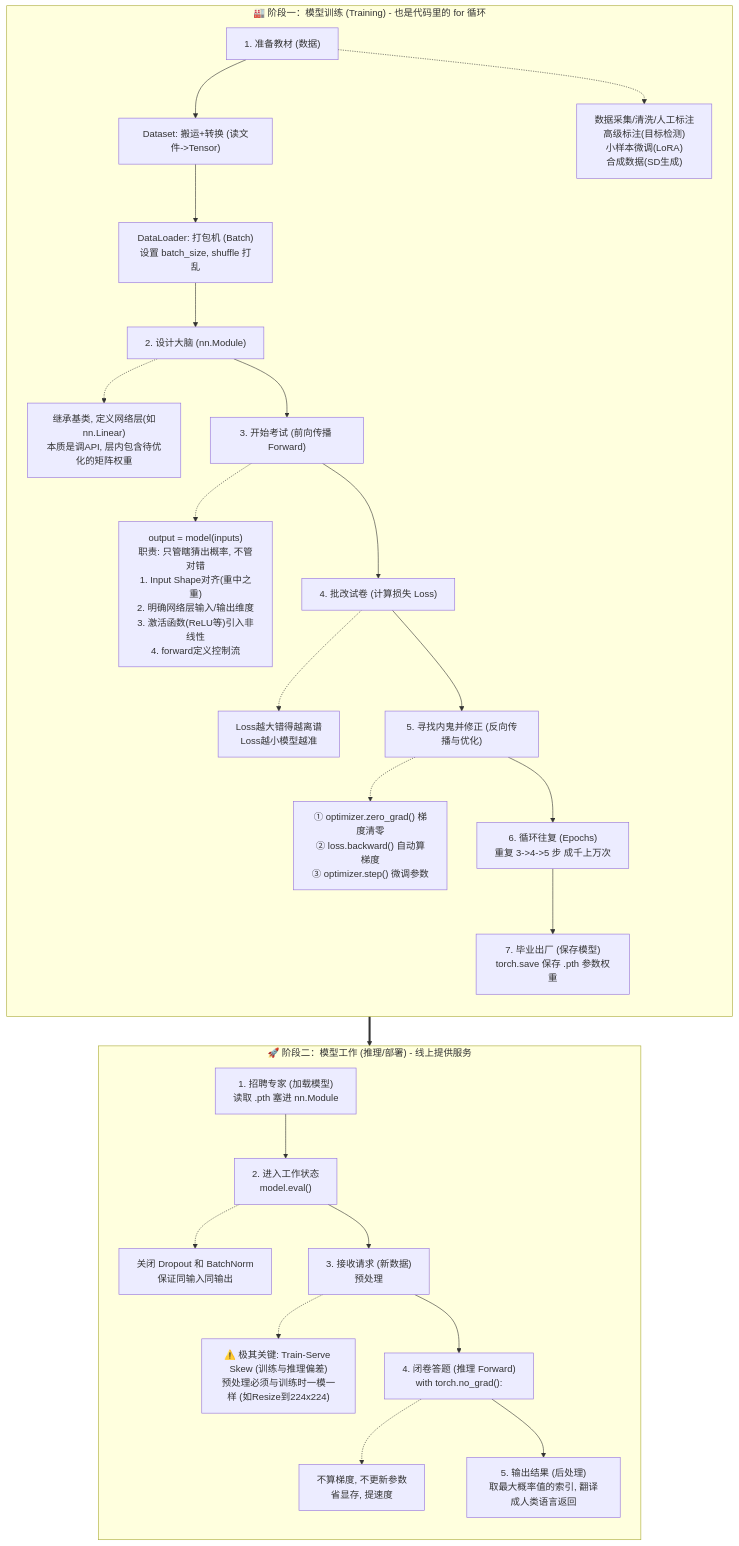
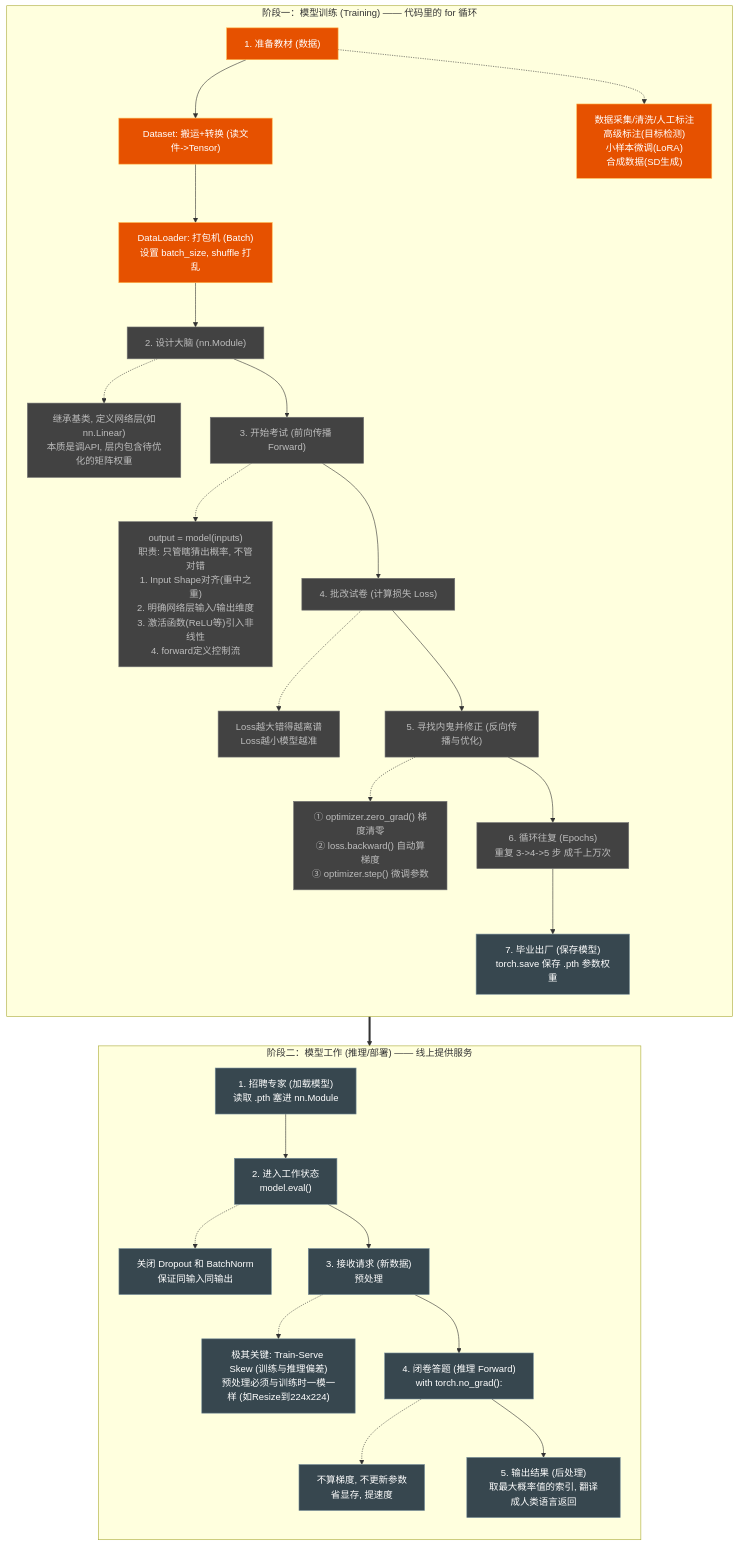
One commit to osotoo/AI-Stack changed the first of 3 diagrams in README.md. Above: the diagram before and after it, drawn with Mermaid. The commit also changed other lines of this file, not shown here.

Commit message:
docs(readme): 流程图去 emoji，配色统一为全景图 classDef 体系

````diff
--- a/README.md
+++ b/README.md
@@ -76,43 +76,47 @@
 ```mermaid
 flowchart TD
+    classDef dataNode fill:#e65100,stroke:#ffb74d,stroke-width:1px,color:#fff;
+    classDef algoNode fill:#424242,stroke:#757575,stroke-width:1px,color:#bdbdbd;
+    classDef techNode fill:#37474f,stroke:#78909c,stroke-width:1px,color:#fff;
+
     %% 阶段一：训练
-    subgraph Train ["🏭 阶段一：模型训练 (Training) - 也是代码里的 for 循环"]
+    subgraph Train ["阶段一：模型训练 (Training) —— 代码里的 for 循环"]
         direction TB
-        D1["1. 准备教材 (数据)"] --> D2["Dataset: 搬运+转换 (读文件->Tensor)"]
-        D1 -.-> D1_Details["数据采集/清洗/人工标注<br>高级标注(目标检测)<br>小样本微调(LoRA)<br>合成数据(SD生成)"]
-        D2 --> D3["DataLoader: 打包机 (Batch)<br>设置 batch_size, shuffle 打乱"]
+        D1["1. 准备教材 (数据)"]:::dataNode --> D2["Dataset: 搬运+转换 (读文件->Tensor)"]:::dataNode
+        D1 -.-> D1_Details["数据采集/清洗/人工标注<br/>高级标注(目标检测)<br/>小样本微调(LoRA)<br/>合成数据(SD生成)"]:::dataNode
+        D2 --> D3["DataLoader: 打包机 (Batch)<br/>设置 batch_size, shuffle 打乱"]:::dataNode
 
-        D3 --> M1["2. 设计大脑 (nn.Module)"]
-        M1 -.-> M1_Details["继承基类, 定义网络层(如nn.Linear)<br>本质是调API, 层内包含待优化的矩阵权重"]
+        D3 --> M1["2. 设计大脑 (nn.Module)"]:::algoNode
+        M1 -.-> M1_Details["继承基类, 定义网络层(如nn.Linear)<br/>本质是调API, 层内包含待优化的矩阵权重"]:::algoNode
 
-        M1 --> F1["3. 开始考试 (前向传播 Forward)"]
-        F1 -.-> F1_Details["output = model(inputs)<br>职责: 只管瞎猜出概率, 不管对错<br>1. Input Shape对齐(重中之重)<br>2. 明确网络层输入/输出维度<br>3. 激活函数(ReLU等)引入非线性<br>4. forward定义控制流"]
+        M1 --> F1["3. 开始考试 (前向传播 Forward)"]:::algoNode
+        F1 -.-> F1_Details["output = model(inputs)<br/>职责: 只管瞎猜出概率, 不管对错<br/>1. Input Shape对齐(重中之重)<br/>2. 明确网络层输入/输出维度<br/>3. 激活函数(ReLU等)引入非线性<br/>4. forward定义控制流"]:::algoNode
 
-        F1 --> L1["4. 批改试卷 (计算损失 Loss)"]
-        L1 -.-> L1_Details["Loss越大错得越离谱<br>Loss越小模型越准"]
+        F1 --> L1["4. 批改试卷 (计算损失 Loss)"]:::algoNode
+        L1 -.-> L1_Details["Loss越大错得越离谱<br/>Loss越小模型越准"]:::algoNode
 
-        L1 --> B1["5. 寻找内鬼并修正 (反向传播与优化)"]
-        B1 -.-> B1_Details["① optimizer.zero_grad() 梯度清零<br>② loss.backward() 自动算梯度<br>③ optimizer.step() 微调参数"]
+        L1 --> B1["5. 寻找内鬼并修正 (反向传播与优化)"]:::algoNode
+        B1 -.-> B1_Details["① optimizer.zero_grad() 梯度清零<br/>② loss.backward() 自动算梯度<br/>③ optimizer.step() 微调参数"]:::algoNode
 
-        B1 --> E1["6. 循环往复 (Epochs)<br>重复 3->4->5 步 成千上万次"]
-        E1 --> S1["7. 毕业出厂 (保存模型)<br>torch.save 保存 .pth 参数权重"]
+        B1 --> E1["6. 循环往复 (Epochs)<br/>重复 3->4->5 步 成千上万次"]:::algoNode
+        E1 --> S1["7. 毕业出厂 (保存模型)<br/>torch.save 保存 .pth 参数权重"]:::techNode
     end
 
     %% 阶段二：推理
-    subgraph Infer ["🚀 阶段二：模型工作 (推理/部署) - 线上提供服务"]
+    subgraph Infer ["阶段二：模型工作 (推理/部署) —— 线上提供服务"]
         direction TB
-        I1["1. 招聘专家 (加载模型)<br>读取 .pth 塞进 nn.Module"]
-        I1 --> I2["2. 进入工作状态<br>model.eval()"]
-        I2 -.-> I2_Details["关闭 Dropout 和 BatchNorm<br>保证同输入同输出"]
+        I1["1. 招聘专家 (加载模型)<br/>读取 .pth 塞进 nn.Module"]:::techNode
+        I1 --> I2["2. 进入工作状态<br/>model.eval()"]:::techNode
+        I2 -.-> I2_Details["关闭 Dropout 和 BatchNorm<br/>保证同输入同输出"]:::techNode
 
-        I2 --> I3["3. 接收请求 (新数据)<br>预处理"]
-        I3 -.-> I3_Details["⚠️ 极其关键: Train-Serve Skew (训练与推理偏差)<br>预处理必须与训练时一模一样 (如Resize到224x224)"]
+        I2 --> I3["3. 接收请求 (新数据)<br/>预处理"]:::techNode
+        I3 -.-> I3_Details["极其关键: Train-Serve Skew (训练与推理偏差)<br/>预处理必须与训练时一模一样 (如Resize到224x224)"]:::techNode
 
-        I3 --> I4["4. 闭卷答题 (推理 Forward)<br>with torch.no_grad():"]
-        I4 -.-> I4_Details["不算梯度, 不更新参数<br>省显存, 提速度"]
+        I3 --> I4["4. 闭卷答题 (推理 Forward)<br/>with torch.no_grad():"]:::techNode
+        I4 -.-> I4_Details["不算梯度, 不更新参数<br/>省显存, 提速度"]:::techNode
 
-        I4 --> I5["5. 输出结果 (后处理)<br>取最大概率值的索引, 翻译成人类语言返回"]
+        I4 --> I5["5. 输出结果 (后处理)<br/>取最大概率值的索引, 翻译成人类语言返回"]:::techNode
     end
 
     Train ==> Infer
 ```
````
